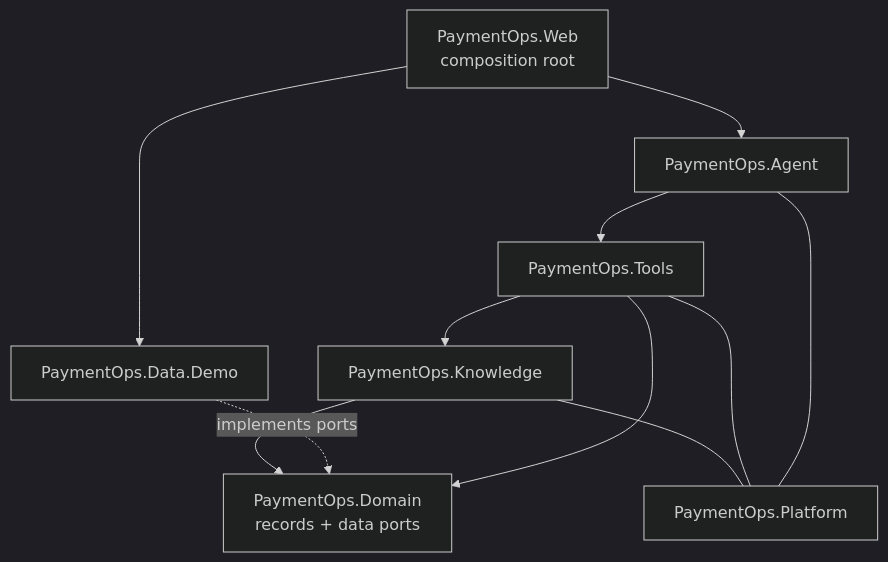
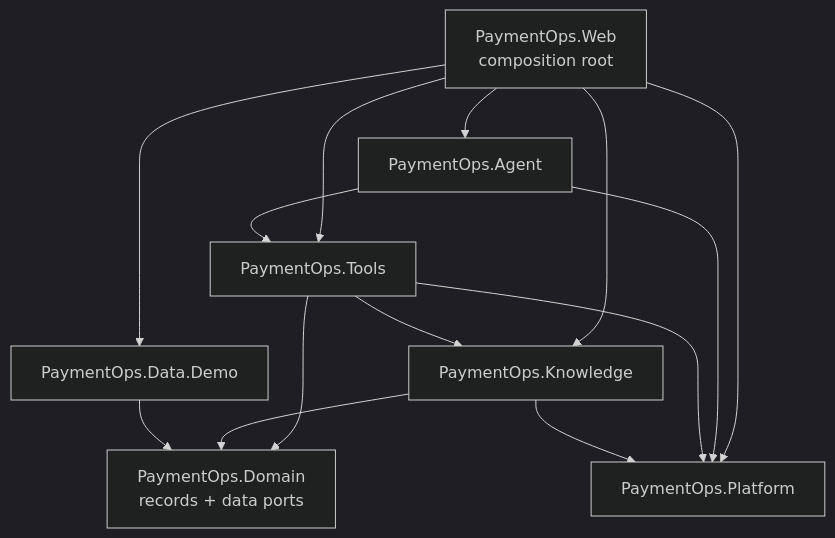
Before and after one commit to ankurparekh1988/payment-ops-investigation-agent: the diagram in docs/Architecture.md, drawn with Mermaid (dark theme). The commit also changed other lines of this file and 2 other files, not shown here.

Commit message:
docs: separate current state from planned capabilities
- README: status note moved to the top; capabilities described as the
  target design rather than current behaviour
- Architecture.md: correct the stale 'not started' note and draw the
  actual project reference graph, including composition-root references
- home page: match the current state

````diff
--- a/docs/Architecture.md
+++ b/docs/Architecture.md
@@ -18,13 +18,24 @@
 ```mermaid
 flowchart TB
-  Web["PaymentOps.Web<br/>composition root"] --> Agent["PaymentOps.Agent"]
-  Web --> Demo["PaymentOps.Data.Demo"]
-  Agent --> Tools["PaymentOps.Tools"]
-  Tools --> Domain["PaymentOps.Domain<br/>records + data ports"]
-  Tools --> Knowledge["PaymentOps.Knowledge"]
-  Demo -. implements ports .-> Domain
+  Web["PaymentOps.Web<br/>composition root"]
+  Agent["PaymentOps.Agent"]
+  Tools["PaymentOps.Tools"]
+  Knowledge["PaymentOps.Knowledge"]
+  Demo["PaymentOps.Data.Demo"]
+  Domain["PaymentOps.Domain<br/>records + data ports"]
+  Platform["PaymentOps.Platform"]
+
+  Web --> Agent
+  Web --> Tools
+  Web --> Knowledge
+  Web --> Demo
+  Web --> Platform
+  Agent --> Tools
+  Agent --> Platform
+  Tools --> Domain
+  Tools --> Knowledge
+  Tools --> Platform
   Knowledge --> Domain
-  Agent --- Platform["PaymentOps.Platform"]
-  Tools --- Platform
-  Knowledge --- Platform
+  Knowledge --> Platform
+  Demo --> Domain
 ```
````
